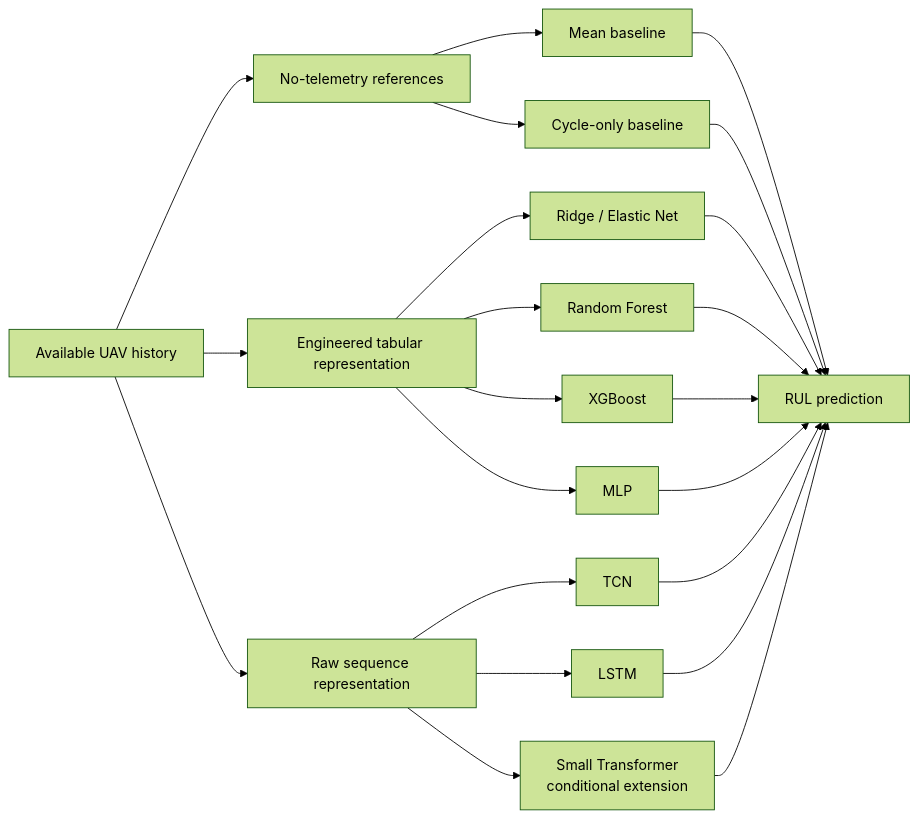
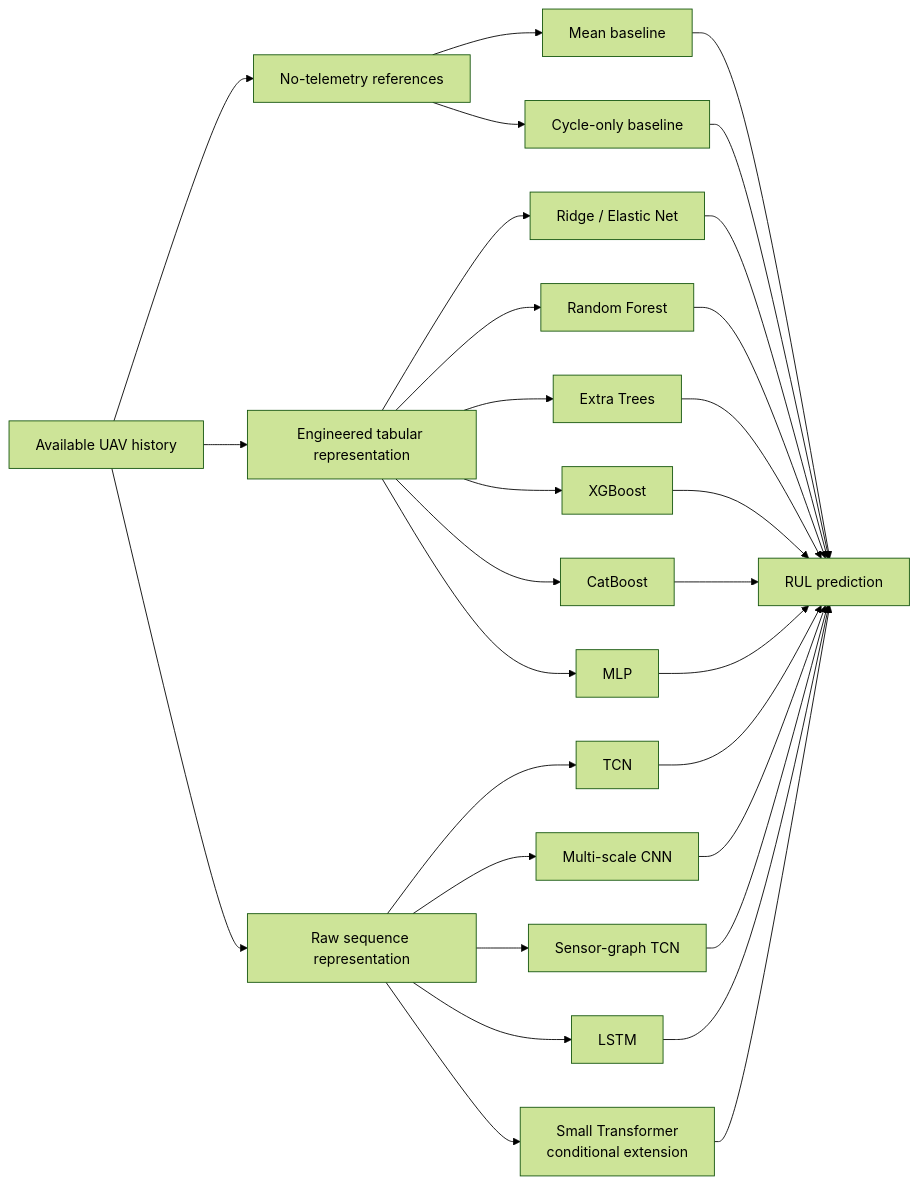
The second of 4 diagrams in literature_and_planning/development_documentation/phase_2_modelArchitectureStudy.md (JoestHomann/UAV-RUL-Estimation), drawn with Mermaid (forest theme) before and after one commit. The commit also changed other lines of this file and 32 other files, not shown here.

````diff
--- a/literature_and_planning/development_documentation/phase_2_modelArchitectureStudy.md
+++ b/literature_and_planning/development_documentation/phase_2_modelArchitectureStudy.md
@@ -318,28 +336,36 @@
 ```mermaid
 flowchart LR
     H["Available UAV history"] --> B["No-telemetry references"]
     H --> T["Engineered tabular representation"]
     H --> S["Raw sequence representation"]
 
     B --> B1["Mean baseline"]
     B --> B2["Cycle-only baseline"]
 
     T --> T1["Ridge / Elastic Net"]
     T --> T2["Random Forest"]
-    T --> T3["XGBoost"]
-    T --> T4["MLP"]
+    T --> T3["Extra Trees"]
+    T --> T4["XGBoost"]
+    T --> T5["CatBoost"]
+    T --> T6["MLP"]
 
     S --> S1["TCN"]
-    S --> S2["LSTM"]
-    S --> S3["Small Transformer<br/>conditional extension"]
+    S --> S2["Multi-scale CNN"]
+    S --> S3["Sensor-graph TCN"]
+    S --> S4["LSTM"]
+    S --> S5["Small Transformer<br/>conditional extension"]
 
     B1 --> Y["RUL prediction"]
     B2 --> Y
     T1 --> Y
     T2 --> Y
     T3 --> Y
     T4 --> Y
+    T5 --> Y
+    T6 --> Y
     S1 --> Y
     S2 --> Y
     S3 --> Y
+    S4 --> Y
+    S5 --> Y
 ```
````
